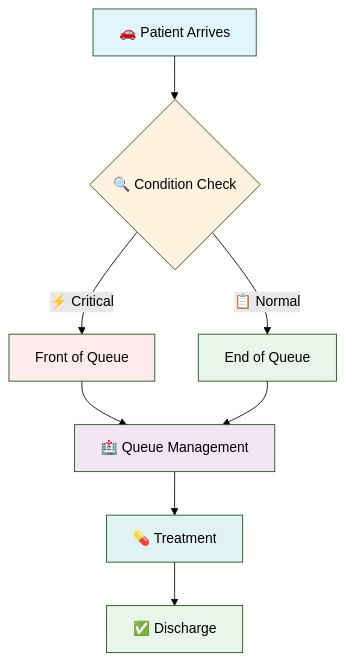
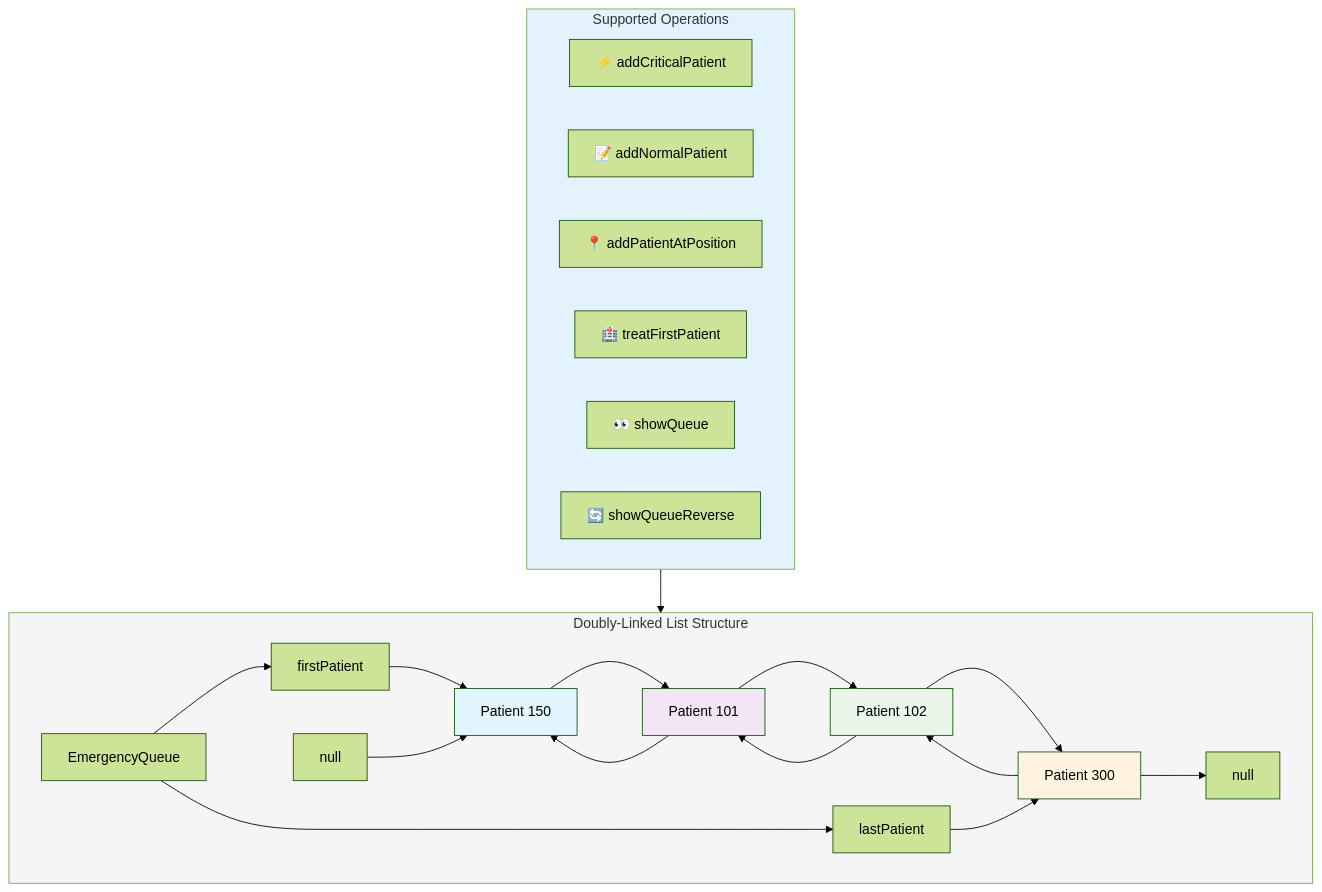
The fifth of 11 diagrams in Linked List /Mid_Paper/ReadMe.md (MuhammadZafran33/Data-Structures-lab-Solutions), drawn with Mermaid (forest theme) before and after one commit. The commit also changed other lines of this file, not shown here.

````diff
--- a/Linked List /Mid_Paper/ReadMe.md
+++ b/Linked List /Mid_Paper/ReadMe.md
@@ -149,18 +136,38 @@
 ```mermaid
 graph TB
-    A[🚗 Patient Arrives] --> B{🔍 Condition Check}
-    B -->|⚡ Critical| C[Front of Queue]
-    B -->|📋 Normal| D[End of Queue]
-    C --> E[🏥 Queue Management]
-    D --> E
-    E --> F[💊 Treatment]
-    F --> G[✅ Discharge]
+    subgraph DataStructure [Doubly-Linked List Structure]
+        direction LR
+        Q[EmergencyQueue] --> F[firstPatient]
+        Q --> L[lastPatient]
+        
+        F --> P1[Patient 150]
+        P1 --> P2[Patient 101]
+        P2 --> P3[Patient 102]
+        P3 --> P4[Patient 300]
+        P4 --> NULL[null]
+        
+        NULL2[null] --> P1
+        P2 --> P1
+        P3 --> P2
+        P4 --> P3
+        L --> P4
+    end
     
-    style A fill:#e1f5fe
-    style B fill:#fff3e0
-    style C fill:#ffebee
-    style D fill:#e8f5e8
-    style E fill:#f3e5f5
-    style F fill:#e0f2f1
-    style G fill:#e8f5e8
+    subgraph Operations[Supported Operations]
+        O1[⚡ addCriticalPatient]
+        O2[📝 addNormalPatient]
+        O3[📍 addPatientAtPosition]
+        O4[🏥 treatFirstPatient]
+        O5[👀 showQueue]
+        O6[🔄 showQueueReverse]
+    end
+    
+    Operations --> DataStructure
+    
+    style DataStructure fill:#f5f5f5
+    style Operations fill:#e3f2fd
+    style P1 fill:#e1f5fe
+    style P2 fill:#f3e5f5
+    style P3 fill:#e8f5e8
+    style P4 fill:#fff3e0
 ```
````
